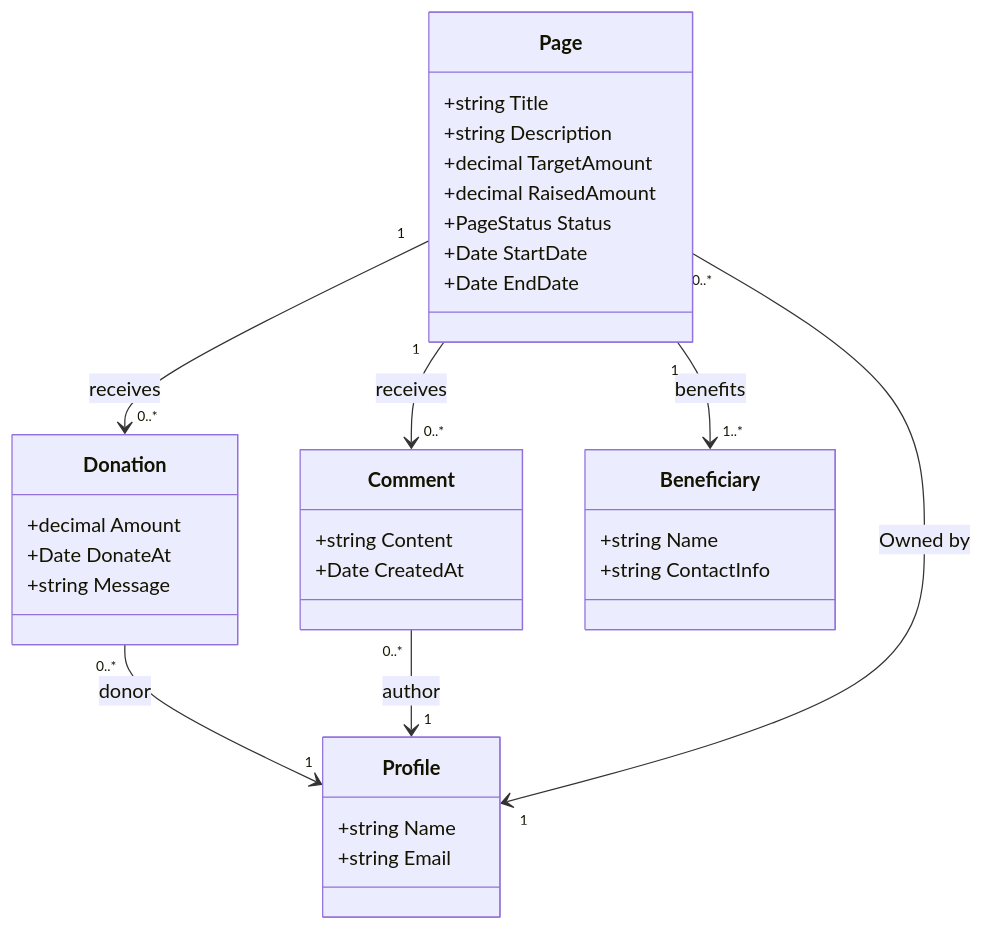
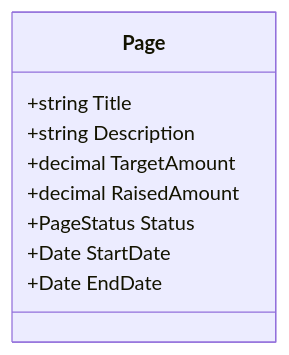
One commit to oninebx/blog changed the diagram in _posts/2025-09-16-thinking-in-ddd-understanding-entities-value-objects-and-aggregates-through-a-crowdfunding-page.md. Above: the diagram before and after it, drawn with Mermaid. The commit also changed other lines of this file, not shown here.

Commit message:
Update Blog “2025-09-16-thinking-in-ddd-understanding-entities-value-objects-and-aggregates-through-a-crowdfunding-page”

````diff
--- a/_posts/2025-09-16-thinking-in-ddd-understanding-entities-value-objects-and-aggregates-through-a-crowdfunding-page.md
+++ b/_posts/2025-09-16-thinking-in-ddd-understanding-entities-value-objects-and-aggregates-through-a-crowdfunding-page.md
@@ -32,50 +32,51 @@
 <div class="mermaid">
 classDiagram
     %% Page Core class
     class Page {
         +string Title
         +string Description
         +decimal TargetAmount
         +decimal RaisedAmount
         +PageStatus Status
         +Date StartDate
         +Date EndDate
     }
 
-    %% Relevant objects
-    class Donation {
-        +decimal Amount
-        +Date DonateAt
-        +string Message
-    }
+```
+%% Relevant objects
+class Donation {
+    +decimal Amount
+    +Date DonateAt
+    +string Message
+}
 
-    class Comment {
-        +string Content
-        +Date CreatedAt
-    }
+class Comment {
+    +string Content
+    +Date CreatedAt
+}
 
-    class Profile {
-        +string Name
-        +string Email
-    }
+class Profile {
+    +string Name
+    +string Email
+}
 
 
-    class Beneficiary {
-        +string Name
-        +string ContactInfo
-    }
+class Beneficiary {
+    +string Name
+    +string ContactInfo
+}
 
 
-    %% Relationships
-    Page "1" --> "0..*" Donation : receives
-    Donation "0..*" --> "1" Profile : donor
+%% Relationships
+Page "1" --> "0..*" Donation : receives
+Donation "0..*" --> "1" Profile : donor
 
-    Page "1" --> "0..*" Comment : receives
-    Comment "0..*" --> "1" Profile : author
+Page "1" --> "0..*" Comment : receives
+Comment "0..*" --> "1" Profile : author
 
-    Page "0..*" --> "1" Profile : Owned by
+Page "0..*" --> "1" Profile : Owned by
 
-    Page "1" --> "1..*" Beneficiary : benefits
-   
-   
+Page "1" --> "1..*" Beneficiary : benefits
+```
+
 </div>
````
